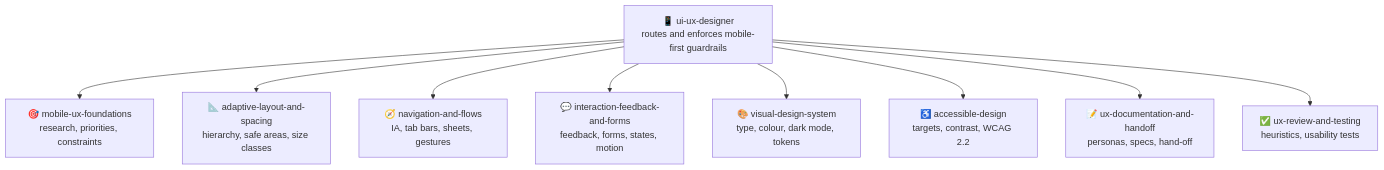
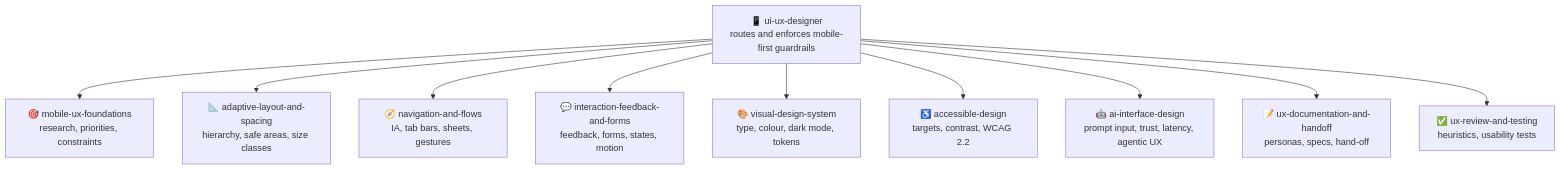
The diagram in README.md (KinwiseNZ-DevOps/ui-ux-designer), drawn with Mermaid before and after one commit. The commit also changed other lines of this file and 27 other files, not shown here.

````diff
--- a/README.md
+++ b/README.md
@@ -72,12 +73,13 @@
 ```mermaid
 flowchart TD
     R["📱 ui-ux-designer<br/>routes and enforces mobile-first guardrails"]
     R --> F["🎯 mobile-ux-foundations<br/>research, priorities, constraints"]
     R --> L["📐 adaptive-layout-and-spacing<br/>hierarchy, safe areas, size classes"]
     R --> N["🧭 navigation-and-flows<br/>IA, tab bars, sheets, gestures"]
     R --> I["💬 interaction-feedback-and-forms<br/>feedback, forms, states, motion"]
     R --> V["🎨 visual-design-system<br/>type, colour, dark mode, tokens"]
     R --> A["♿ accessible-design<br/>targets, contrast, WCAG 2.2"]
+    R --> AI["🤖 ai-interface-design<br/>prompt input, trust, latency, agentic UX"]
     R --> D["📝 ux-documentation-and-handoff<br/>personas, specs, hand-off"]
     R --> T["✅ ux-review-and-testing<br/>heuristics, usability tests"]
 ```
````
